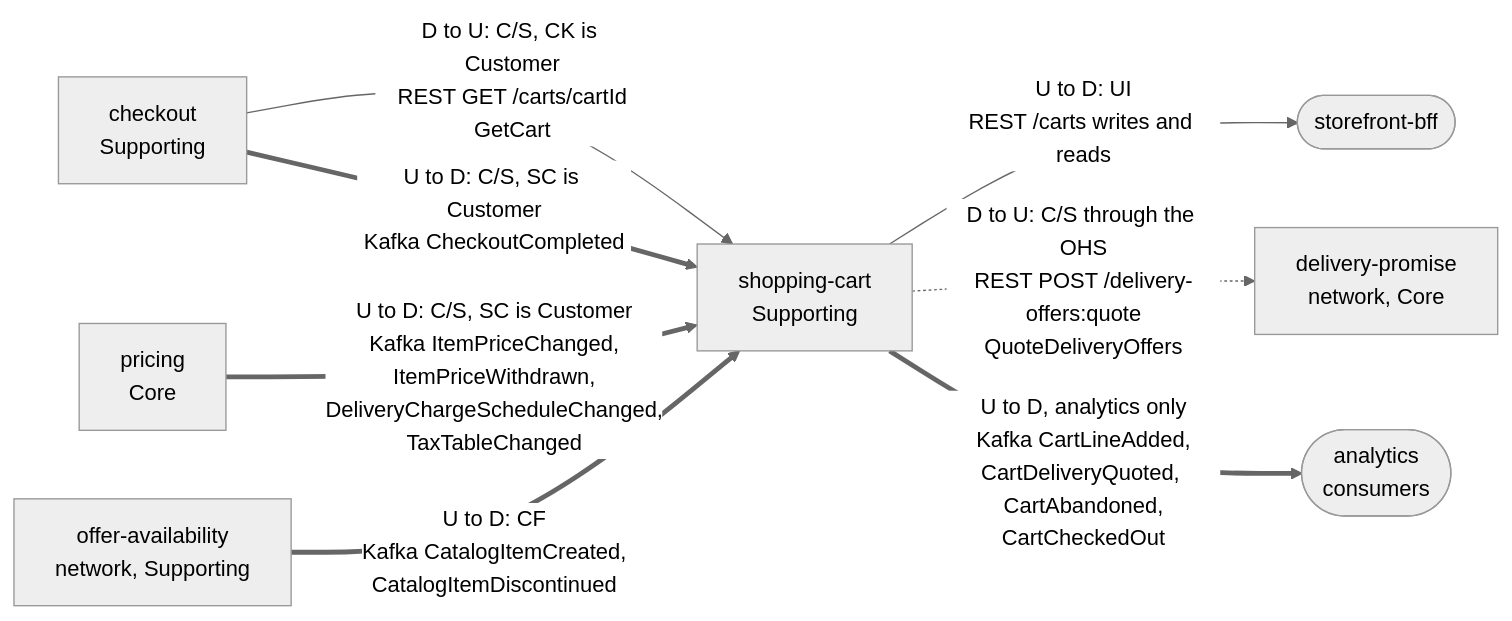
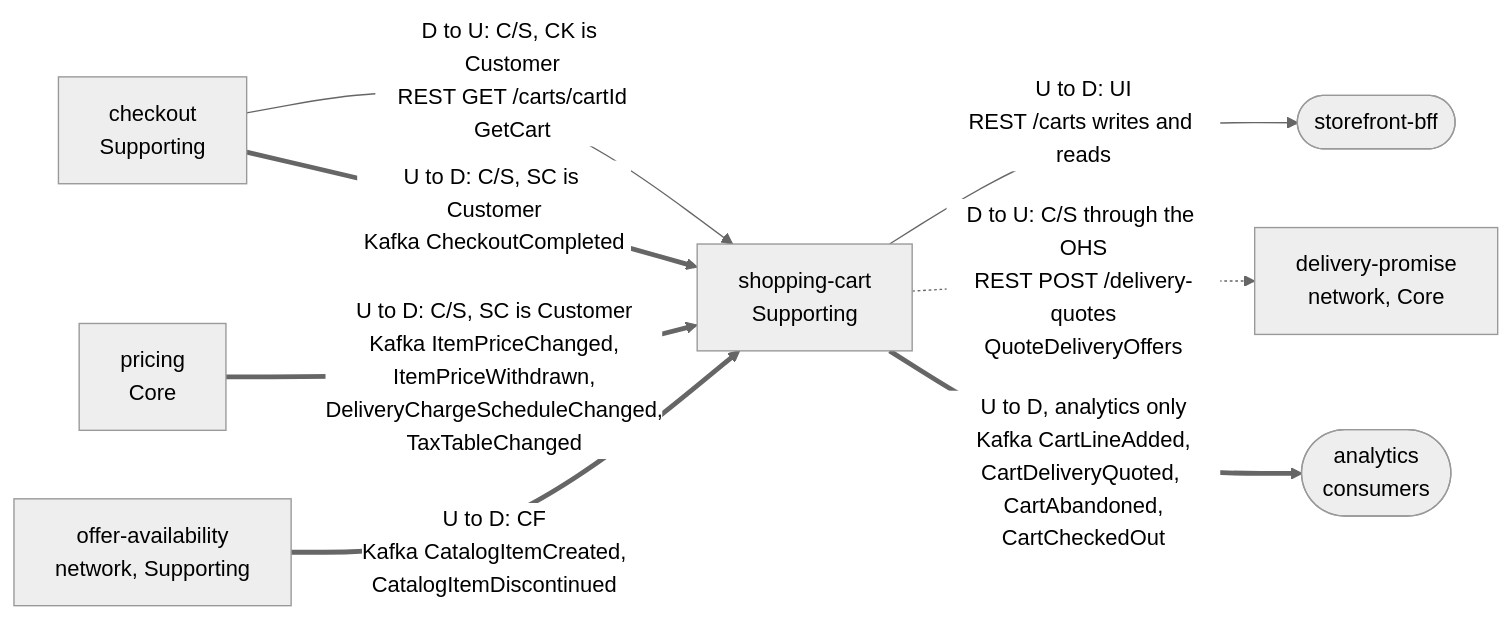
Before and after one commit to IQVO/warehouse-docs: the diagram in storefront/docs/contexts/shopping-cart/context-map.md, drawn with Mermaid (neutral theme). The commit also changed other lines of this file and 272 other files, not shown here.

````diff
--- a/storefront/docs/contexts/shopping-cart/context-map.md
+++ b/storefront/docs/contexts/shopping-cart/context-map.md
@@ -20,18 +20,18 @@
 ```mermaid
 flowchart LR
     BFF(["storefront-bff"])
     CK["checkout<br/>Supporting"]
     PR["pricing<br/>Core"]
     OA["offer-availability<br/>network, Supporting"]
     DP["delivery-promise<br/>network, Core"]
     AN(["analytics<br/>consumers"])
     SC["shopping-cart<br/>Supporting"]
 
     SC -->|"U to D: UI<br/>REST /carts writes and reads"| BFF
     CK -->|"D to U: C/S, CK is Customer<br/>REST GET /carts/cartId<br/>GetCart"| SC
     CK ==>|"U to D: C/S, SC is Customer<br/>Kafka CheckoutCompleted"| SC
     PR ==>|"U to D: C/S, SC is Customer<br/>Kafka ItemPriceChanged,<br/>ItemPriceWithdrawn,<br/>DeliveryChargeScheduleChanged,<br/>TaxTableChanged"| SC
     OA ==>|"U to D: CF<br/>Kafka CatalogItemCreated,<br/>CatalogItemDiscontinued"| SC
-    SC -.->|"D to U: C/S through the OHS<br/>REST POST /delivery-offers:quote<br/>QuoteDeliveryOffers"| DP
+    SC -.->|"D to U: C/S through the OHS<br/>REST POST /delivery-quotes<br/>QuoteDeliveryOffers"| DP
     SC ==>|"U to D, analytics only<br/>Kafka CartLineAdded,<br/>CartDeliveryQuoted, CartAbandoned,<br/>CartCheckedOut"| AN
 ```
````
